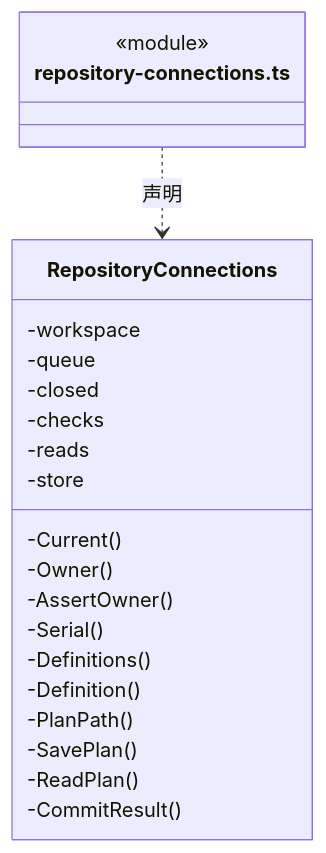
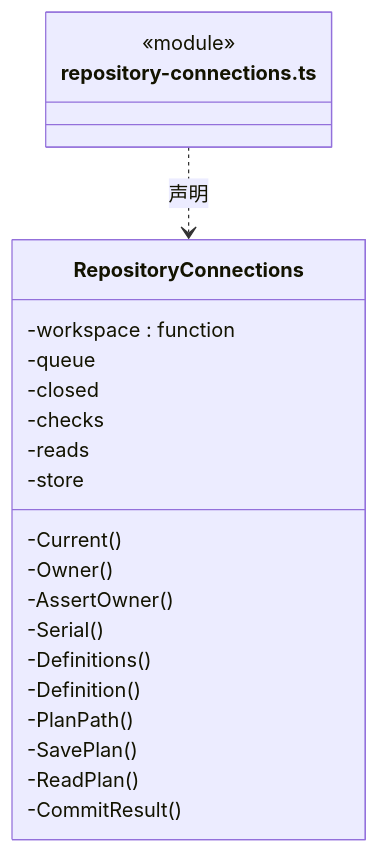
One commit to nan023062/cbim changed the third of 5 diagrams in src/logic/connectors/service/ARCHITECTURE.md. Above: the diagram before and after it, drawn with Mermaid. The commit also changed other lines of this file and 137 other files, not shown here.

Commit message:
fix: align architecture generator with documentation standards

````diff
--- a/src/logic/connectors/service/ARCHITECTURE.md
+++ b/src/logic/connectors/service/ARCHITECTURE.md
@@ -161,25 +165,25 @@
 ```mermaid
 classDiagram
 class N_src_logic_connectors_service_repository_connections_ts["repository-connections.ts"] {
   <<module>>
 }
 class N_src_logic_connectors_service_repository_connections_ts_RepositoryConnections["RepositoryConnections"] {
-  -workspace
+  -workspace : function
   -queue
   -closed
   -checks
   -reads
   -store
   -Current()
   -Owner()
   -AssertOwner()
   -Serial()
   -Definitions()
   -Definition()
   -PlanPath()
   -SavePlan()
   -ReadPlan()
   -CommitResult()
 }
 N_src_logic_connectors_service_repository_connections_ts ..> N_src_logic_connectors_service_repository_connections_ts_RepositoryConnections : 声明
 ```
````
